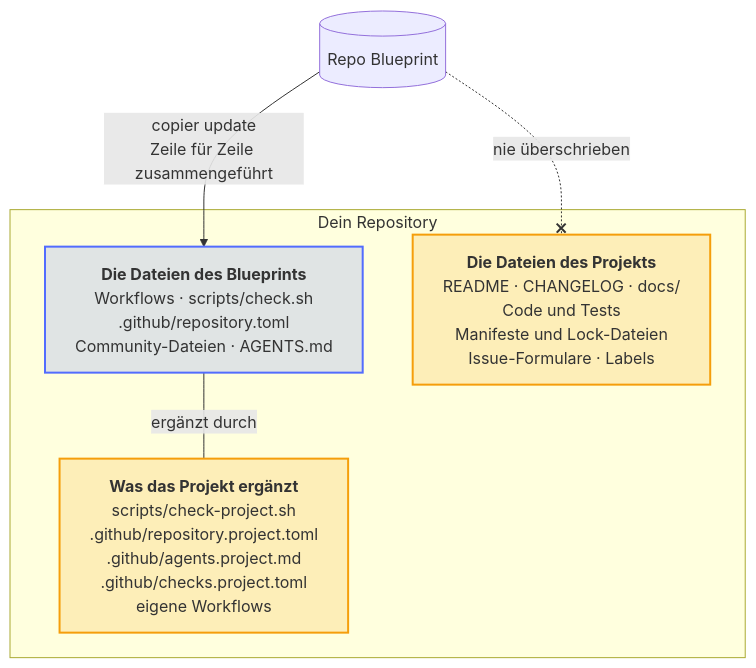
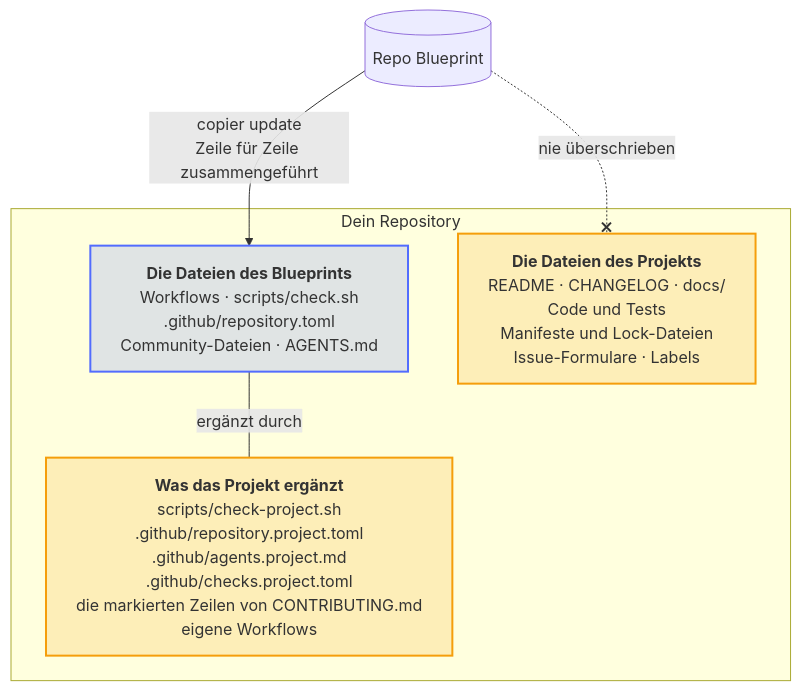
The diagram in docs/diagrams/what-belongs-to-the-blueprint-and-what-to-the-project.de.mmd (Dennis-Otto/repo-blueprint), drawn with Mermaid before and after one commit. The commit also changed 27 other files, not shown here.

First line of the commit message:
fix: let a project add its own text to the Releases part of CONTRIBUTING.md

```diff
--- a/docs/diagrams/what-belongs-to-the-blueprint-and-what-to-the-project.de.mmd
+++ b/docs/diagrams/what-belongs-to-the-blueprint-and-what-to-the-project.de.mmd
@@ -1,25 +1,25 @@
 ---
 config:
   flowchart:
     wrappingWidth: 400
 ---
 flowchart TB
     accTitle: Was dem Blueprint gehört und was dem Projekt
     accDescr: copier update bringt die Änderungen der Dateien des Blueprints, Zeile für Zeile mit den Änderungen des Repositorys zusammengeführt, und überschreibt nie die Dateien des Projekts. Ein Projekt ergänzt eigene Prüfungen, Einstellungen, Notizen für Coding-Agents und Workflows neben denen des Blueprints.
 
     blueprint[("Repo Blueprint")]
 
     subgraph repo ["Dein Repository"]
         theirs["`**Die Dateien des Blueprints**<br>Workflows · scripts/check.sh<br>.github/repository.toml<br>Community-Dateien · AGENTS.md`"]
         mine["`**Die Dateien des Projekts**<br>README · CHANGELOG · docs/<br>Code und Tests<br>Manifeste und Lock-Dateien<br>Issue-Formulare · Labels`"]
-        adds["`**Was das Projekt ergänzt**<br>scripts/check-project.sh<br>.github/repository.project.toml<br>.github/agents.project.md<br>.github/checks.project.toml<br>eigene Workflows`"]
+        adds["`**Was das Projekt ergänzt**<br>scripts/check-project.sh<br>.github/repository.project.toml<br>.github/agents.project.md<br>.github/checks.project.toml<br>die markierten Zeilen von CONTRIBUTING.md<br>eigene Workflows`"]
     end
 
     blueprint -- "copier update<br>Zeile für Zeile zusammengeführt" --> theirs
     blueprint -. "nie überschrieben" .-x mine
     theirs -- "ergänzt durch" --- adds
 
     classDef bot fill:#526cfe2e,stroke:#526cfe,stroke-width:2px
     classDef person fill:#f59e0b2e,stroke:#f59e0b,stroke-width:2px
     class theirs bot
     class mine,adds person
```
